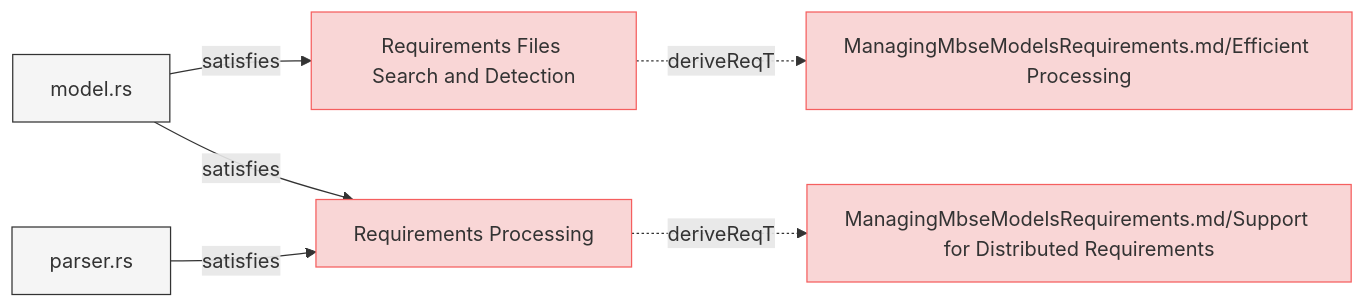
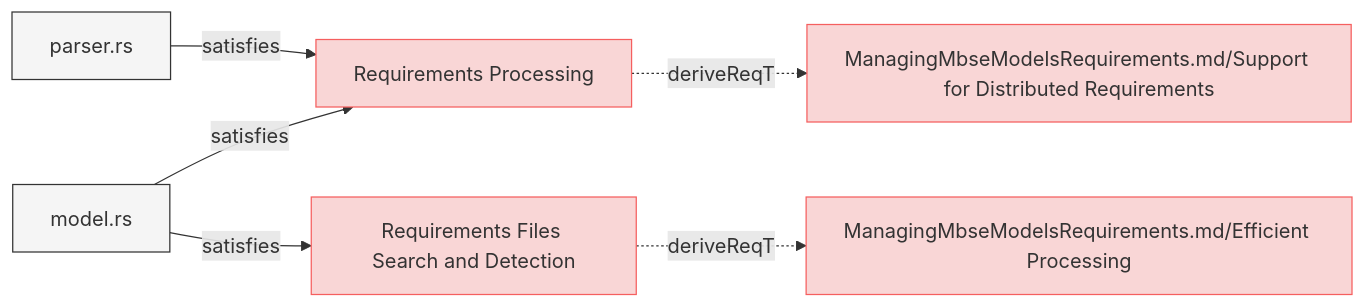
Before and after one commit to reqvire-org/reqvire: the fourth of 8 diagrams in specifications/SystemRequirements/Requirements.md, drawn with Mermaid. The commit also changed other lines of this file and 20 other files, not shown here.

````diff
--- a/specifications/SystemRequirements/Requirements.md
+++ b/specifications/SystemRequirements/Requirements.md
@@ -431,32 +423,32 @@
 ```mermaid
 graph LR;
   %% Graph styling
   classDef requirement fill:#f9d6d6,stroke:#f55f5f,stroke-width:1px;
   classDef verification fill:#d6f9d6,stroke:#5fd75f,stroke-width:1px;
   classDef externalLink fill:#d0e0ff,stroke:#3080ff,stroke-width:1px;
   classDef default fill:#f5f5f5,stroke:#333333,stroke-width:1px;
 
+  f24f11691f55af62["Requirements Processing"];
+  click f24f11691f55af62 "https://github.com/Reqvire/reqvire/blob/667635d4628fed400323f7df3689af2dbc2ad666/specifications/SystemRequirements/Requirements.md#requirements-processing";
+  class f24f11691f55af62 requirement;
+  c4d5865187c53ce6["ManagingMbseModelsRequirements.md/Support for Distributed Requirements"];
+  class c4d5865187c53ce6 requirement;
+  click c4d5865187c53ce6 "https://github.com/Reqvire/reqvire/blob/667635d4628fed400323f7df3689af2dbc2ad666/specifications/ManagingMbseModelsRequirements.md#support-for-distributed-requirements";
+  f24f11691f55af62 -.->|deriveReqT| c4d5865187c53ce6;
+  36fd2b1e82621caf["model.rs"];
+  class 36fd2b1e82621caf default;
+  click 36fd2b1e82621caf "https://github.com/Reqvire/reqvire/blob/667635d4628fed400323f7df3689af2dbc2ad666/core/src/model.rs";
+  36fd2b1e82621caf -->|satisfies| f24f11691f55af62;
+  dfd639447d711d62["parser.rs"];
+  class dfd639447d711d62 default;
+  click dfd639447d711d62 "https://github.com/Reqvire/reqvire/blob/667635d4628fed400323f7df3689af2dbc2ad666/core/src/parser.rs";
+  dfd639447d711d62 -->|satisfies| f24f11691f55af62;
   33b15634cbc8d029["Requirements Files Search and Detection"];
-  click 33b15634cbc8d029 "https://github.com/Reqvire/reqvire/blob/30536324899084e88969175e3613c971ffa6e108/specifications/SystemRequirements/Requirements.md#requirements-files-search-and-detection";
+  click 33b15634cbc8d029 "https://github.com/Reqvire/reqvire/blob/667635d4628fed400323f7df3689af2dbc2ad666/specifications/SystemRequirements/Requirements.md#requirements-files-search-and-detection";
   class 33b15634cbc8d029 requirement;
   386d7b145d008870["ManagingMbseModelsRequirements.md/Efficient Processing"];
   class 386d7b145d008870 requirement;
-  click 386d7b145d008870 "https://github.com/Reqvire/reqvire/blob/30536324899084e88969175e3613c971ffa6e108/specifications/ManagingMbseModelsRequirements.md#efficient-processing";
+  click 386d7b145d008870 "https://github.com/Reqvire/reqvire/blob/667635d4628fed400323f7df3689af2dbc2ad666/specifications/ManagingMbseModelsRequirements.md#efficient-processing";
   33b15634cbc8d029 -.->|deriveReqT| 386d7b145d008870;
-  36fd2b1e82621caf["model.rs"];
-  class 36fd2b1e82621caf default;
-  click 36fd2b1e82621caf "https://github.com/Reqvire/reqvire/blob/30536324899084e88969175e3613c971ffa6e108/core/src/model.rs";
   36fd2b1e82621caf -->|satisfies| 33b15634cbc8d029;
-  f24f11691f55af62["Requirements Processing"];
-  click f24f11691f55af62 "https://github.com/Reqvire/reqvire/blob/30536324899084e88969175e3613c971ffa6e108/specifications/SystemRequirements/Requirements.md#requirements-processing";
-  class f24f11691f55af62 requirement;
-  c4d5865187c53ce6["ManagingMbseModelsRequirements.md/Support for Distributed Requirements"];
-  class c4d5865187c53ce6 requirement;
-  click c4d5865187c53ce6 "https://github.com/Reqvire/reqvire/blob/30536324899084e88969175e3613c971ffa6e108/specifications/ManagingMbseModelsRequirements.md#support-for-distributed-requirements";
-  f24f11691f55af62 -.->|deriveReqT| c4d5865187c53ce6;
-  36fd2b1e82621caf -->|satisfies| f24f11691f55af62;
-  dfd639447d711d62["parser.rs"];
-  class dfd639447d711d62 default;
-  click dfd639447d711d62 "https://github.com/Reqvire/reqvire/blob/30536324899084e88969175e3613c971ffa6e108/core/src/parser.rs";
-  dfd639447d711d62 -->|satisfies| f24f11691f55af62;
 ```
````
